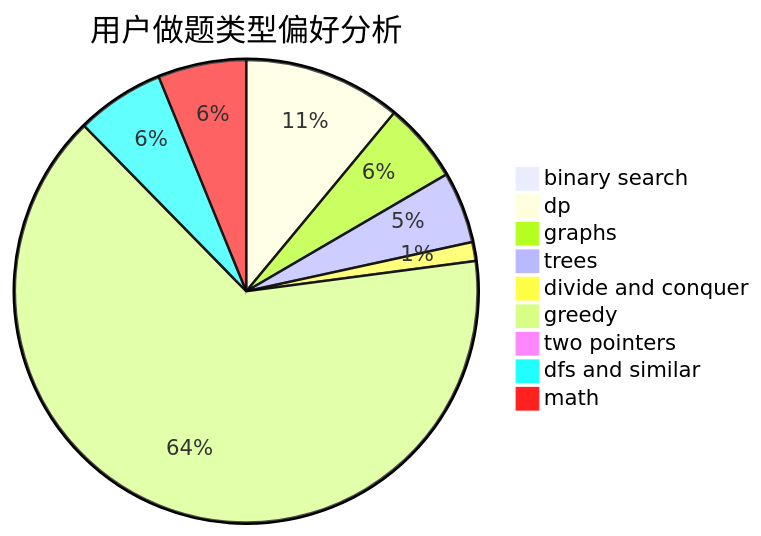
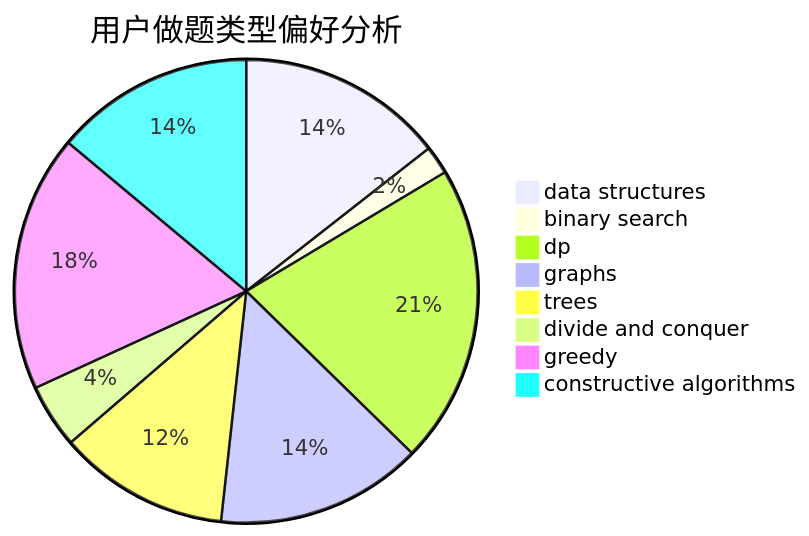
One commit to sherpahu/cfrs.github.io changed the second of 3 diagrams in docs/user/u2131.md. Above: the diagram before and after it, drawn with Mermaid. The commit also changed other lines of this file and 2775 other files, not shown here.

````diff
--- a/docs/user/u2131.md
+++ b/docs/user/u2131.md
@@ -23,12 +23,11 @@
 ```mermaid
 pie title 用户做题类型偏好分析
-    "binary search" :  6
-    "dp" :  75
-    "graphs" :  38
-    "trees" :  34
+    "data structures" :  29
+    "binary search" :  4
+    "dp" :  42
+    "graphs" :  29
+    "trees" :  24
     "divide and conquer" :  9
-    "greedy" :  441
-    "two pointers" :  3
-    "dfs and similar" :  42
-    "math" :  42
+    "greedy" :  36
+    "constructive algorithms" :  28
 ```
````
